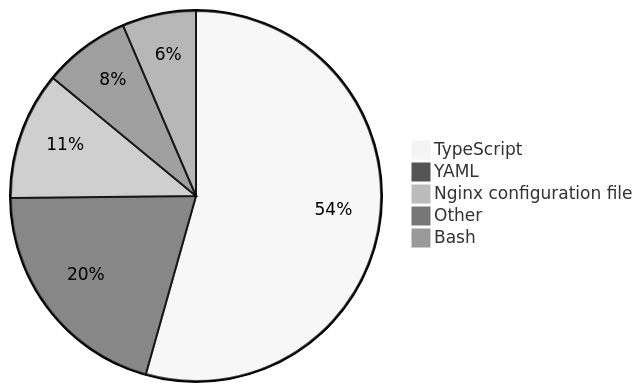
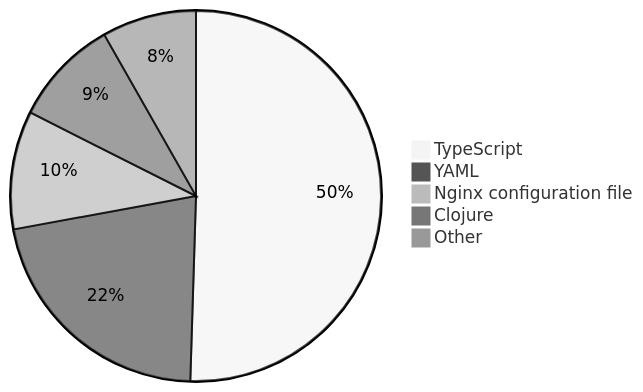
Before and after one commit to skvggor/skvggor: the diagram in README.md, drawn with Mermaid (neutral theme).

Commit message:
Updated waka-readme graph with new metrics

````diff
--- a/README.md
+++ b/README.md
@@ -28,8 +28,8 @@
 ```mermaid
 pie
-    "TypeScript" : 47.3
-    "YAML" : 17.8
-    "Nginx configuration file" : 9.7
-    "Other" : 6.6
-    "Bash" : 5.6
+    "TypeScript" : 41.1
+    "YAML" : 17.6
+    "Nginx configuration file" : 8.4
+    "Clojure" : 7.6
+    "Other" : 6.7
 ```
````
